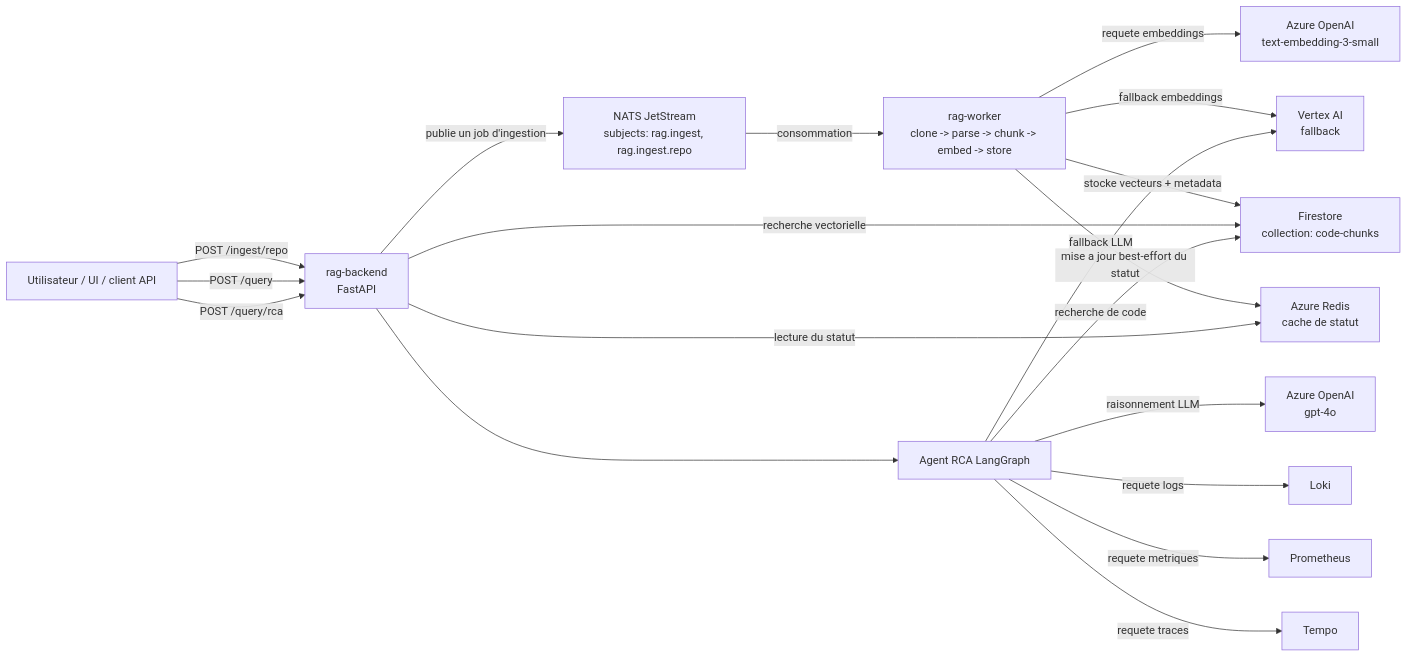
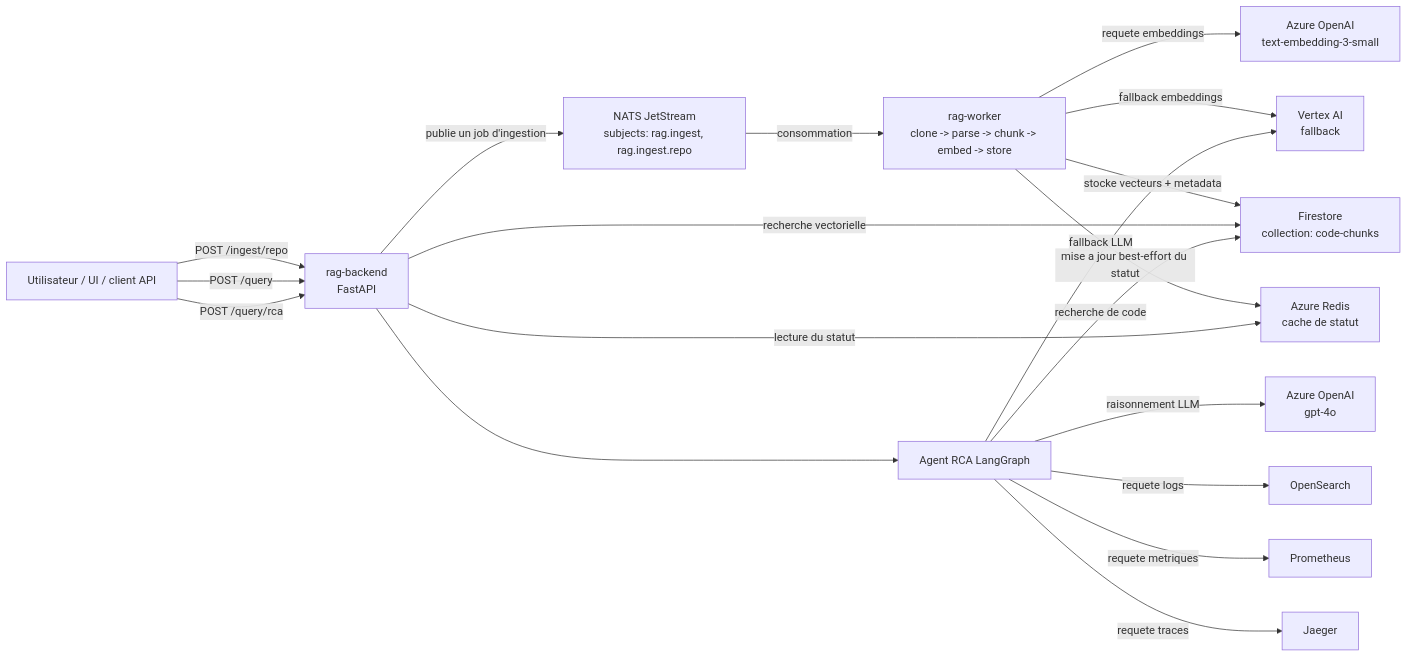
Before and after one commit to kheuchi/agentic-rca-platform-app: the diagram in docs/ARCHITECTURE.fr.md, drawn with Mermaid. The commit also changed other lines of this file and 21 other files, not shown here.

````diff
--- a/docs/ARCHITECTURE.fr.md
+++ b/docs/ARCHITECTURE.fr.md
@@ -11,39 +11,39 @@
 ```mermaid
 flowchart LR
     user[Utilisateur / UI / client API]
     backend[rag-backend\nFastAPI]
     nats[NATS JetStream\nsubjects: rag.ingest, rag.ingest.repo]
     worker[rag-worker\nclone -> parse -> chunk -> embed -> store]
     aoai_embed[Azure OpenAI\ntext-embedding-3-small]
     aoai_llm[Azure OpenAI\ngpt-4o]
     vertex[Vertex AI\nfallback]
     firestore[Firestore\ncollection: code-chunks]
     redis[Azure Redis\ncache de statut]
-    loki[Loki]
+    opensearch[OpenSearch]
     prom[Prometheus]
-    tempo[Tempo]
+    jaeger[Jaeger]
     agent[Agent RCA LangGraph]
 
     user -->|POST /ingest/repo| backend
     user -->|POST /query| backend
     user -->|POST /query/rca| backend
 
     backend -->|publie un job d'ingestion| nats
     nats -->|consommation| worker
 
     worker -->|requete embeddings| aoai_embed
     worker -->|fallback embeddings| vertex
     worker -->|stocke vecteurs + metadata| firestore
     worker -->|mise a jour best-effort du statut| redis
 
     backend -->|lecture du statut| redis
     backend -->|recherche vectorielle| firestore
 
     backend --> agent
     agent -->|raisonnement LLM| aoai_llm
     agent -->|fallback LLM| vertex
     agent -->|recherche de code| firestore
-    agent -->|requete logs| loki
+    agent -->|requete logs| opensearch
     agent -->|requete metriques| prom
-    agent -->|requete traces| tempo
+    agent -->|requete traces| jaeger
 ```
````
